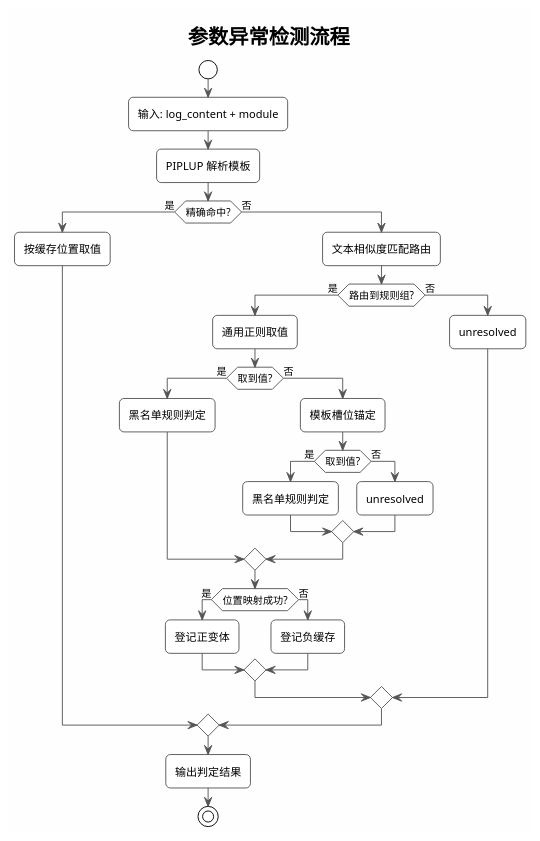
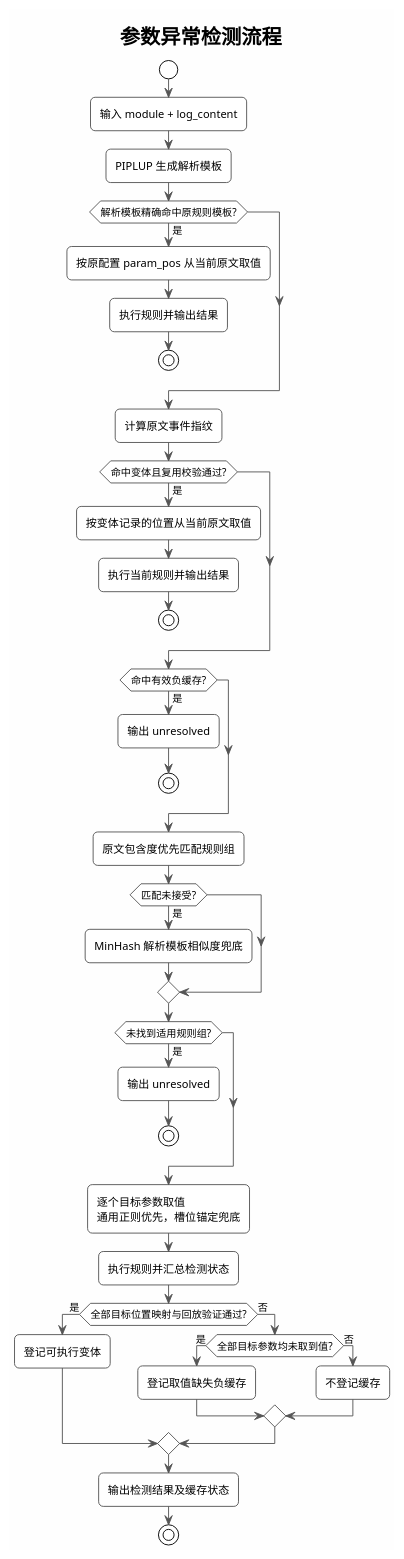
Before and after one commit to HouMonKy/TIG-PIPLUP: the sixth of 10 diagrams in LogNet3.0方案设计与实现文档.md, drawn with PlantUML. The commit also changed other lines of this file, not shown here.

````diff
--- a/LogNet3.0方案设计与实现文档.md
+++ b/LogNet3.0方案设计与实现文档.md
@@ -503,52 +528,60 @@
 ```plantuml
 @startuml Parameter_Detection_Flow
 !theme plain
 skinparam backgroundColor #FEFEFE
 skinparam shadowing false
 skinparam roundCorner 10
 skinparam ActivityBorderColor #555555
 skinparam ArrowColor #555555
 
 title 参数异常检测流程
 
 start
+:输入 module + log_content;
+:PIPLUP 生成解析模板;
 
-:输入: log_content + module;
-
-:PIPLUP 解析模板;
-
-if (精确命中?) then (是)
-    :按缓存位置取值;
-else (否)
-
-    :文本相似度匹配路由;
-
-    if (路由到规则组?) then (是)
-        :通用正则取值;
-        if (取到值?) then (是)
-            :黑名单规则判定;
-        else (否)
-            :模板槽位锚定;
-            if (取到值?) then (是)
-                :黑名单规则判定;
-            else (否)
-                :unresolved;
-            endif
-        endif
-        if (位置映射成功?) then (是)
-            :登记正变体;
-        else (否)
-            :登记负缓存;
-        endif
-    else (否)
-        :unresolved;
-    endif
-
+if (解析模板精确命中原规则模板?) then (是)
+    :按原配置 param_pos 从当前原文取值;
+    :执行规则并输出结果;
+    stop
 endif
 
-:输出判定结果;
+:计算原文事件指纹;
+if (命中变体且复用校验通过?) then (是)
+    :按变体记录的位置从当前原文取值;
+    :执行当前规则并输出结果;
+    stop
+endif
 
+if (命中有效负缓存?) then (是)
+    :输出 unresolved;
+    stop
+endif
+
+:原文包含度优先匹配规则组;
+if (匹配未接受?) then (是)
+    :MinHash 解析模板相似度兜底;
+endif
+
+if (未找到适用规则组?) then (是)
+    :输出 unresolved;
+    stop
+endif
+
+:逐个目标参数取值\n通用正则优先，槽位锚定兜底;
+:执行规则并汇总检测状态;
+
+if (全部目标位置映射与回放验证通过?) then (是)
+    :登记可执行变体;
+else (否)
+    if (全部目标参数均未取到值?) then (是)
+        :登记取值缺失负缓存;
+    else (否)
+        :不登记缓存;
+    endif
+endif
+
+:输出检测结果及缓存状态;
 stop
-
 @enduml
 ```
````
